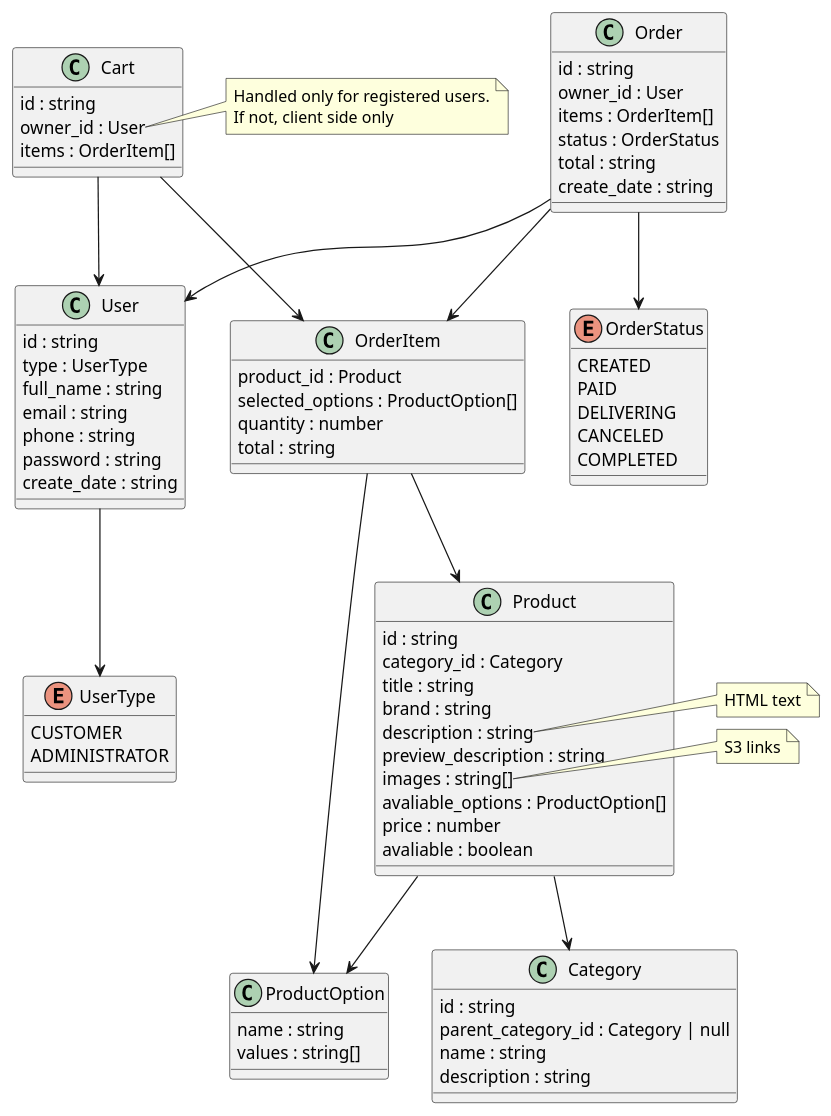
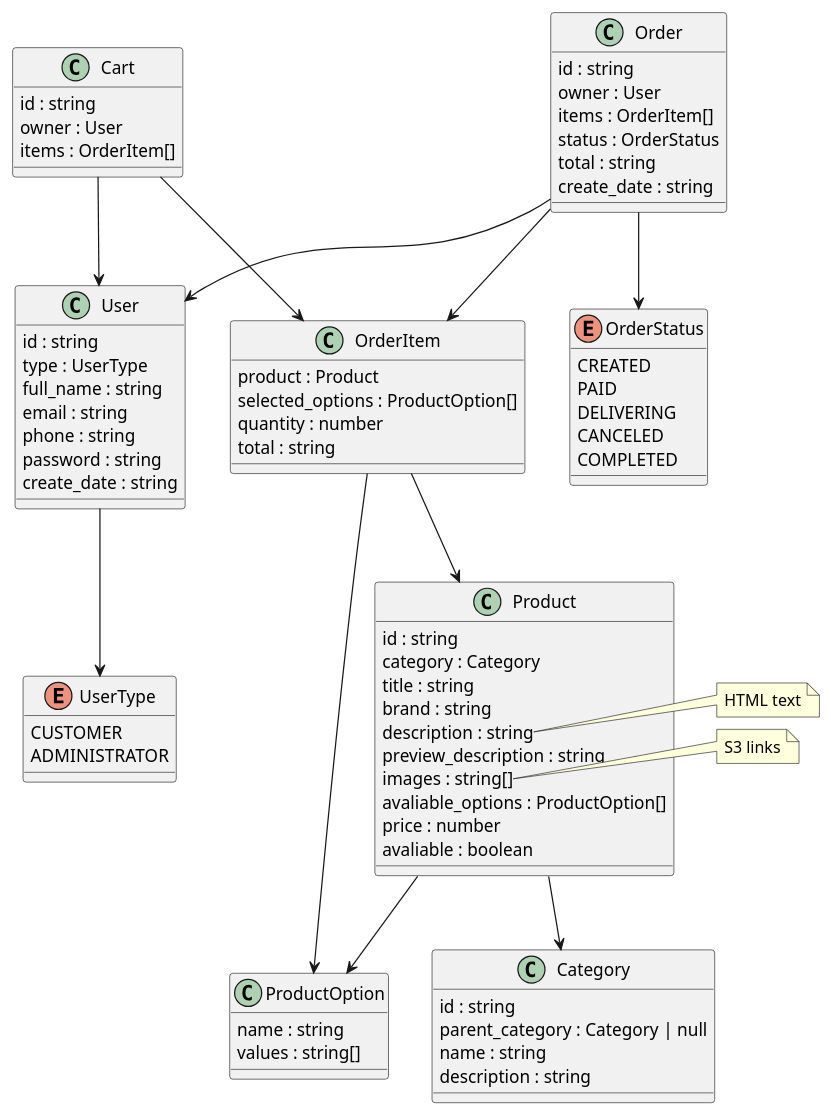
The diagram in docs/models.puml (async-devil/coffee-e-shop), drawn with PlantUML before and after one commit.

Commit message:
docs: update models namings

```diff
--- a/docs/models.puml
+++ b/docs/models.puml
@@ -1,102 +1,102 @@
 @startuml models
 
 class User {
   id : string
   type : UserType
   full_name : string
   email : string
   phone : string
   password : string
   create_date : string
 }
 
 enum UserType {
   CUSTOMER
   ADMINISTRATOR
 }
 
 class Product {
   id : string
-  category_id : Category
+  category : Category
   title : string
   brand : string
   description : string
   preview_description : string
   images : string[]
   avaliable_options : ProductOption[]
   price : number
   avaliable : boolean
 }
 
 note right of Product::description
   HTML text
 end note
 
 note right of Product::images
   S3 links
 end note
 
 class ProductOption {
   name : string
   values : string[]
 }
 
 class Category {
   id : string
-  parent_category_id : Category | null
+  parent_category : Category | null
   name : string
   description : string
 }
 
 class Order {
   id : string
-  owner_id : User
+  owner : User
   items : OrderItem[]
   status : OrderStatus
   total : string
   create_date : string
 }
 
 enum OrderStatus {
   CREATED
   PAID
   DELIVERING
   CANCELED
   COMPLETED
 }
 
 class OrderItem {
-  product_id : Product
+  product : Product
   selected_options : ProductOption[]
   quantity : number
   total : string
 }
 
 class Cart {
   id : string
-  owner_id : User
+  owner : User
   items : OrderItem[]
 }
 
 note right of Cart::owner_id
   Handled only for registered users.
   If not, client side only
 end note
 
 
 User --> UserType
 
 Product --> ProductOption
 Product --> Category
 
 Order --> User
 Order --> OrderItem
 Order --> OrderStatus
 
 OrderItem --> Product
 OrderItem --> ProductOption
 
 Cart --> User
 Cart --> OrderItem
 
 @enduml
```
